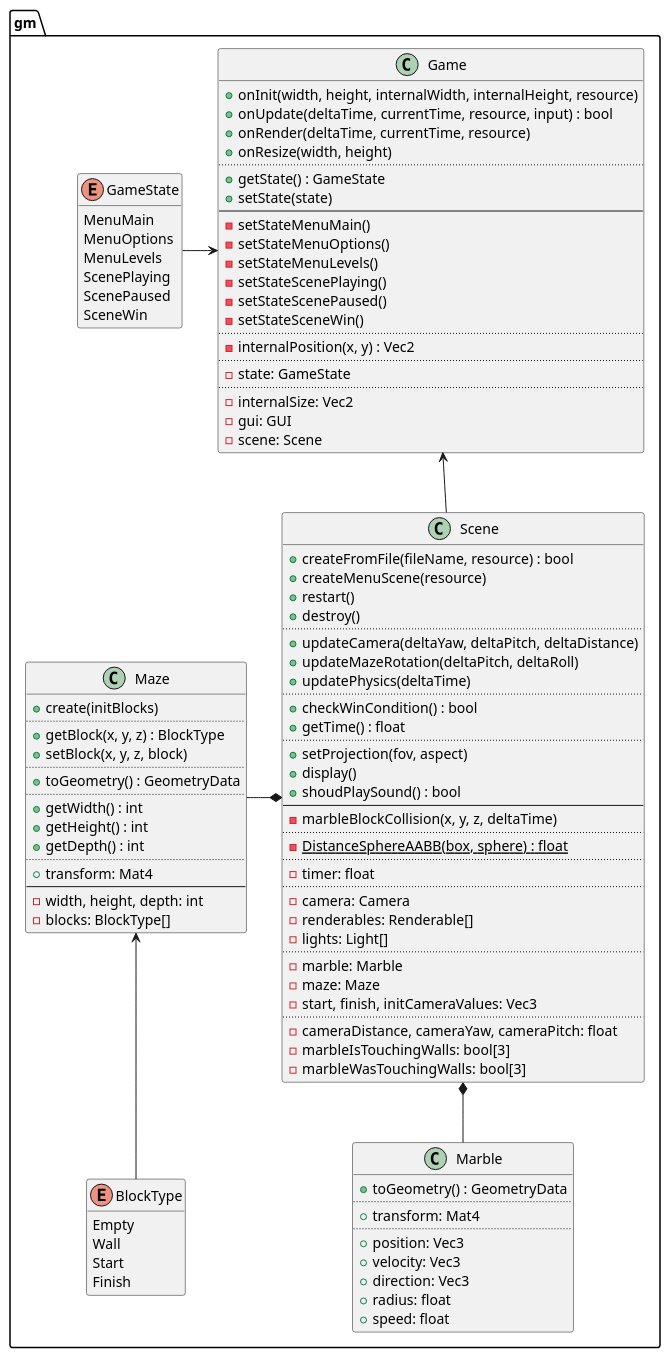
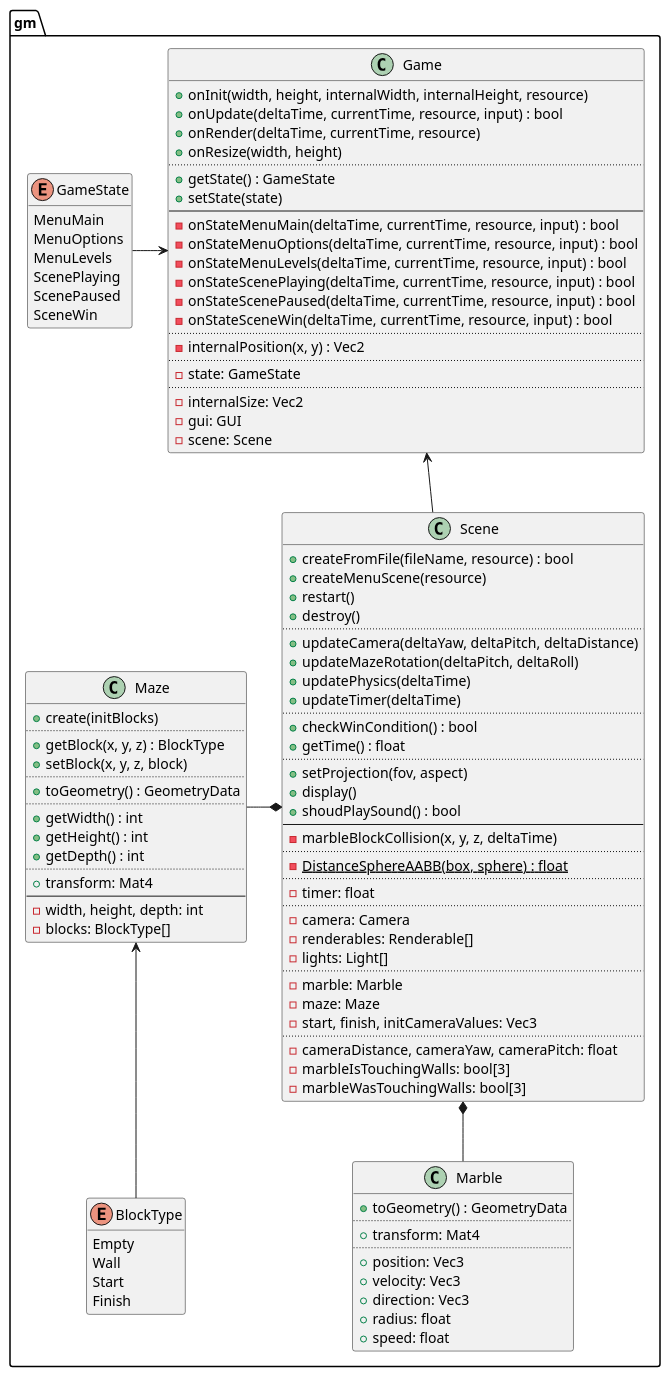
One commit to ba6er/marblemaze changed the diagram in design/uml/gm.puml. Above: the diagram before and after it, drawn with PlantUML. The commit also changed 5 other files, not shown here.

Commit message:
Each game state has it's own update function, added Scene::updateTimer

```diff
--- a/design/uml/gm.puml
+++ b/design/uml/gm.puml
@@ -1,121 +1,122 @@
 @startuml
 set separator ::
 
 enum gm::GameState {
 	MenuMain
 	MenuOptions
 	MenuLevels
 	ScenePlaying
 	ScenePaused
 	SceneWin
 }
 hide GameState methods
 
 class gm::Game {
 	+onInit(width, height, internalWidth, internalHeight, resource)
 	+onUpdate(deltaTime, currentTime, resource, input) : bool
 	+onRender(deltaTime, currentTime, resource)
 	+onResize(width, height)
 	..
 	+getState() : GameState
 	+setState(state)
 	--
-	-setStateMenuMain()
-	-setStateMenuOptions()
-	-setStateMenuLevels()
-	-setStateScenePlaying()
-	-setStateScenePaused()
-	-setStateSceneWin()
+	-onStateMenuMain(deltaTime, currentTime, resource, input) : bool
+	-onStateMenuOptions(deltaTime, currentTime, resource, input) : bool
+	-onStateMenuLevels(deltaTime, currentTime, resource, input) : bool
+	-onStateScenePlaying(deltaTime, currentTime, resource, input) : bool
+	-onStateScenePaused(deltaTime, currentTime, resource, input) : bool
+	-onStateSceneWin(deltaTime, currentTime, resource, input) : bool
 	..
 	-internalPosition(x, y) : Vec2
 	..
 	-state: GameState
 	..
 	-internalSize: Vec2
 	-gui: GUI
 	-scene: Scene
 }
 
 class gm::Scene {
 	+createFromFile(fileName, resource) : bool
 	+createMenuScene(resource)
 	+restart()
 	+destroy()
 	..
 	+updateCamera(deltaYaw, deltaPitch, deltaDistance)
 	+updateMazeRotation(deltaPitch, deltaRoll)
 	+updatePhysics(deltaTime)
+	+updateTimer(deltaTime)
 	..
 	+checkWinCondition() : bool
 	+getTime() : float
 	..
 	+setProjection(fov, aspect)
 	+display()
 	+shoudPlaySound() : bool
 	--
 	-marbleBlockCollision(x, y, z, deltaTime)
 	..
 	{static} -DistanceSphereAABB(box, sphere) : float
 	..
 	-timer: float
 	..
 	-camera: Camera
 	-renderables: Renderable[]
 	-lights: Light[]
 	..
 	-marble: Marble
 	-maze: Maze
 	-start, finish, initCameraValues: Vec3
 	..
 	-cameraDistance, cameraYaw, cameraPitch: float
 	-marbleIsTouchingWalls: bool[3]
 	-marbleWasTouchingWalls: bool[3]
 }
 
 enum gm::BlockType {
 	Empty
 	Wall
 	Start
 	Finish
 }
 hide BlockType methods
 
 class gm::Maze {
 	+create(initBlocks)
 	..
 	+getBlock(x, y, z) : BlockType
 	+setBlock(x, y, z, block)
 	..
 	+toGeometry() : GeometryData
 	..
 	+getWidth() : int
 	+getHeight() : int
 	+getDepth() : int
 	..
 	+transform: Mat4
 	--
 	-width, height, depth: int
 	-blocks: BlockType[]
 }
 
 class gm::Marble {
 	+toGeometry() : GeometryData
 	..
 	+transform: Mat4
 	..
 	+position: Vec3
 	+velocity: Vec3
 	+direction: Vec3
 	+radius: float
 	+speed: float
 }
 
 Maze <-down- BlockType
 
 Scene *-left- Maze
 Scene *-down- Marble
 
 Game <-left- GameState
 Game <-- Scene
 
 @enduml
```
